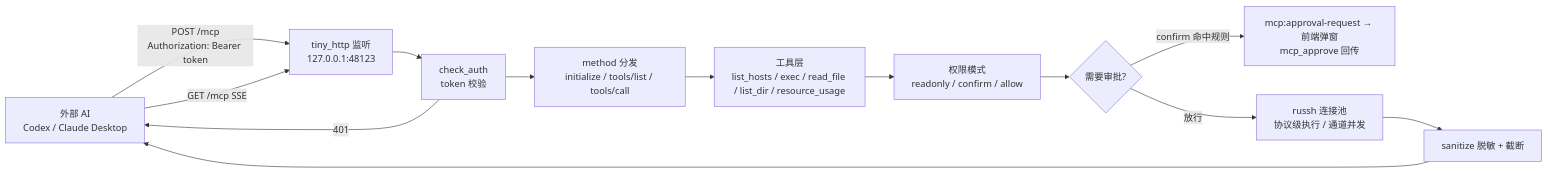
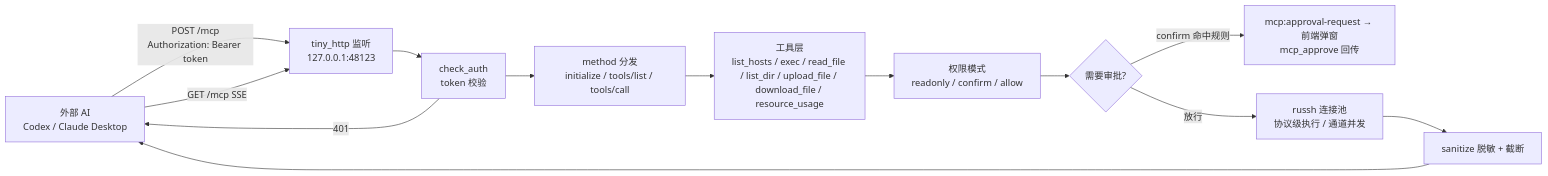
Before and after one commit to shaguocgl/buff-term: the first of 3 diagrams in docs/对外MCP服务设计.md, drawn with Mermaid. The commit also changed other lines of this file and 15 other files, not shown here.

````diff
--- a/docs/对外MCP服务设计.md
+++ b/docs/对外MCP服务设计.md
@@ -9,15 +9,15 @@
 ```mermaid
 flowchart LR
   EXT["外部 AI<br/>Codex / Claude Desktop"] -->|POST /mcp<br/>Authorization: Bearer token| HTTP["tiny_http 监听<br/>127.0.0.1:48123"]
   EXT -->|GET /mcp SSE| HTTP
   HTTP --> AUTH[check_auth<br/>token 校验]
   AUTH -->|401| EXT
   AUTH --> DISP[method 分发<br/>initialize / tools/list / tools/call]
-  DISP --> TOOLS[工具层<br/>list_hosts / exec / read_file / list_dir / resource_usage]
+  DISP --> TOOLS[工具层<br/>list_hosts / exec / read_file / list_dir / upload_file / download_file / resource_usage]
   TOOLS --> MODE[权限模式<br/>readonly / confirm / allow]
   MODE --> APPROVAL{需要审批?}
   APPROVAL -->|confirm 命中规则| APP["mcp:approval-request → 前端弹窗<br/>mcp_approve 回传"]
   APPROVAL -->|放行| RSH["russh 连接池<br/>协议级执行 / 通道并发"]
   RSH --> OUT[sanitize 脱敏 + 截断]
   OUT --> EXT
 ```
````
